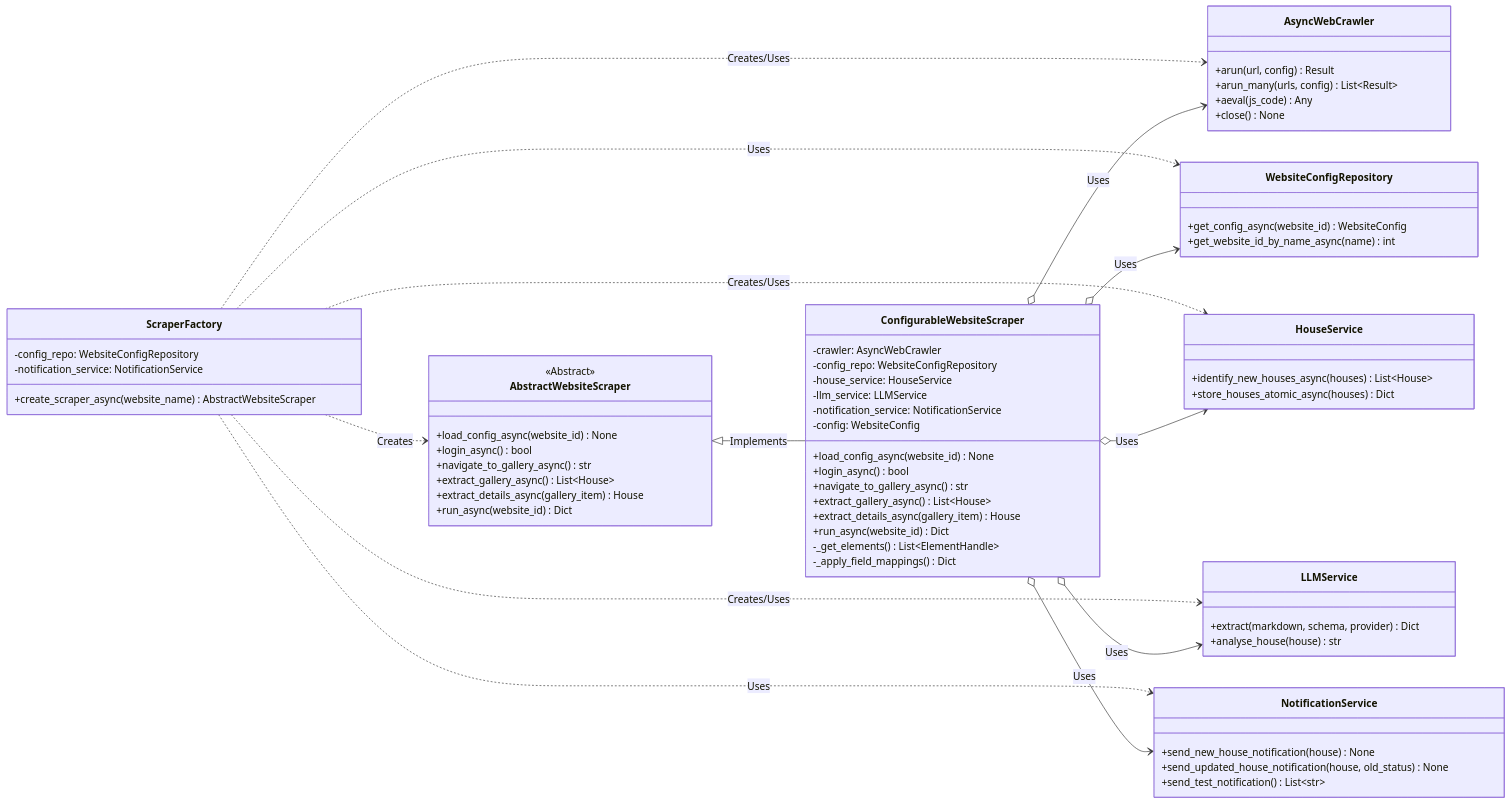
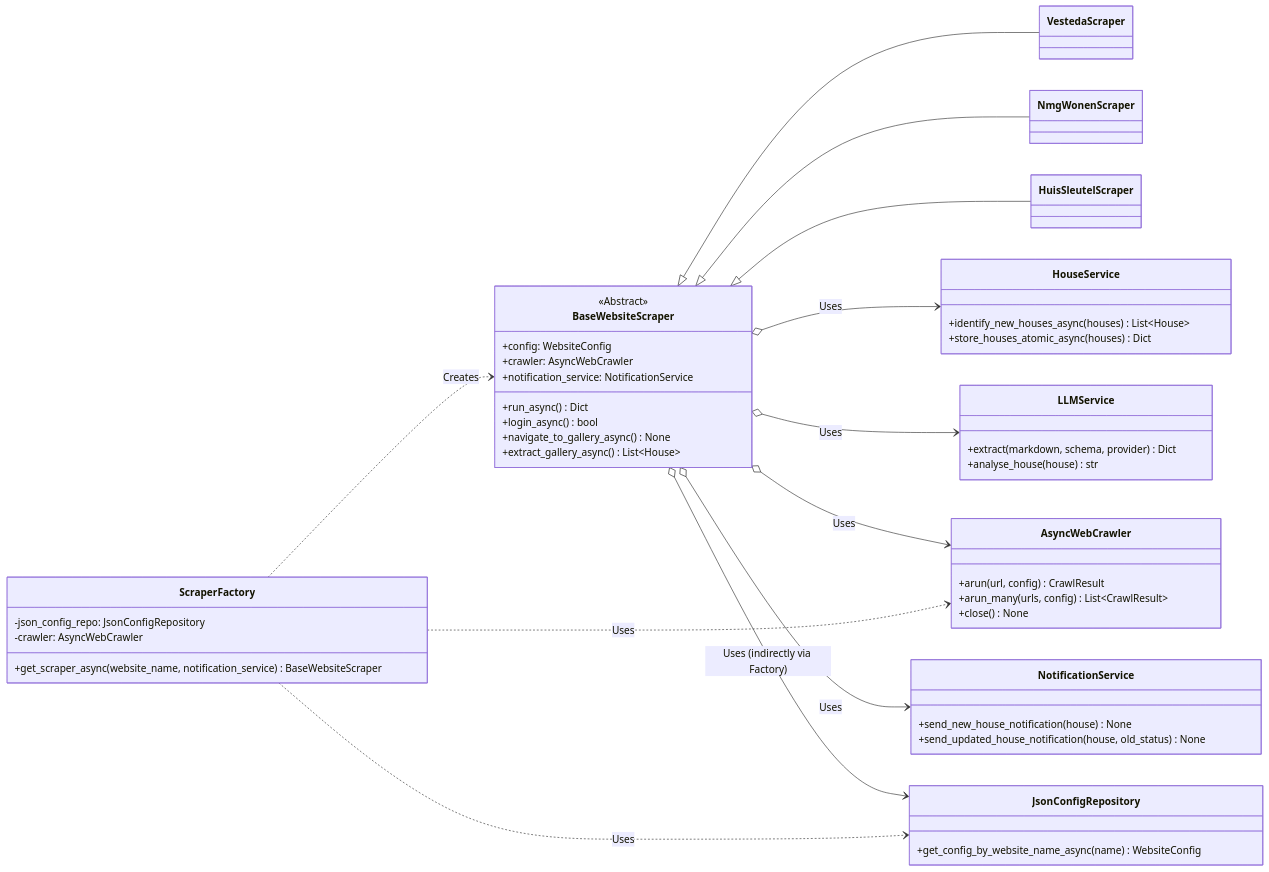
Before and after one commit to Darkshadenl/cursor_steal_house: the second of 2 diagrams in docs/crawler_job_architecture.md, drawn with Mermaid. The commit also changed other lines of this file and 22 other files, not shown here.

````diff
--- a/docs/crawler_job_architecture.md
+++ b/docs/crawler_job_architecture.md
@@ -185,80 +181,65 @@
 ```mermaid
 classDiagram
     direction LR
 
-    class AbstractWebsiteScraper {
+    class BaseWebsiteScraper {
         <<Abstract>>
-        +load_config_async(website_id) None
+        +config: WebsiteConfig
+        +crawler: AsyncWebCrawler
+        +notification_service: NotificationService
+        +run_async() Dict
         +login_async() bool
-        +navigate_to_gallery_async() str
+        +navigate_to_gallery_async() None
         +extract_gallery_async() List~House~
-        +extract_details_async(gallery_item) House
-        +run_async(website_id) Dict
     }
 
-    class ConfigurableWebsiteScraper {
-        -crawler: AsyncWebCrawler
-        -config_repo: WebsiteConfigRepository
-        -house_service: HouseService
-        -llm_service: LLMService
-        -notification_service: NotificationService
-        -config: WebsiteConfig
-        +load_config_async(website_id) None
-        +login_async() bool
-        +navigate_to_gallery_async() str
-        +extract_gallery_async() List~House~
-        +extract_details_async(gallery_item) House
-        +run_async(website_id) Dict
-        -_get_elements() List~ElementHandle~
-        -_apply_field_mappings() Dict
-    }
+    class VestedaScraper
+    class NmgWonenScraper
+    class HuisSleutelScraper
 
     class ScraperFactory {
-        -config_repo: WebsiteConfigRepository
-        -notification_service: NotificationService
-        +create_scraper_async(website_name) AbstractWebsiteScraper
+        -json_config_repo: JsonConfigRepository
+        -crawler: AsyncWebCrawler
+        +get_scraper_async(website_name, notification_service) BaseWebsiteScraper
     }
 
     class AsyncWebCrawler {
-        +arun(url, config) Result
-        +arun_many(urls, config) List~Result~
-        +aeval(js_code) Any
+        +arun(url, config) CrawlResult
+        +arun_many(urls, config) List~CrawlResult~
         +close() None
     }
 
-    class WebsiteConfigRepository {
-        +get_config_async(website_id) WebsiteConfig
-        +get_website_id_by_name_async(name) int
+    class JsonConfigRepository {
+        +get_config_by_website_name_async(name) WebsiteConfig
     }
 
     class HouseService {
         +identify_new_houses_async(houses) List~House~
         +store_houses_atomic_async(houses) Dict
     }
 
     class LLMService {
         +extract(markdown, schema, provider) Dict
         +analyse_house(house) str
     }
 
     class NotificationService {
         +send_new_house_notification(house) None
         +send_updated_house_notification(house, old_status) None
-        +send_test_notification() List~str~
     }
 
-    AbstractWebsiteScraper <|-- ConfigurableWebsiteScraper : Implements
-    ScraperFactory ..> AbstractWebsiteScraper : Creates
-    ScraperFactory ..> WebsiteConfigRepository : Uses
-    ScraperFactory ..> NotificationService : Uses
-    ScraperFactory ..> HouseService : Creates/Uses
-    ScraperFactory ..> LLMService : Creates/Uses
-    ScraperFactory ..> AsyncWebCrawler : Creates/Uses
+    BaseWebsiteScraper <|-- VestedaScraper
+    BaseWebsiteScraper <|-- NmgWonenScraper
+    BaseWebsiteScraper <|-- HuisSleutelScraper
 
-    ConfigurableWebsiteScraper o--> AsyncWebCrawler : Uses
-    ConfigurableWebsiteScraper o--> WebsiteConfigRepository : Uses
-    ConfigurableWebsiteScraper o--> HouseService : Uses
-    ConfigurableWebsiteScraper o--> LLMService : Uses
-    ConfigurableWebsiteScraper o--> NotificationService : Uses
+    ScraperFactory ..> BaseWebsiteScraper : Creates
+    ScraperFactory ..> JsonConfigRepository : Uses
+    ScraperFactory ..> AsyncWebCrawler : Uses
+
+    BaseWebsiteScraper o--> AsyncWebCrawler : Uses
+    BaseWebsiteScraper o--> HouseService : Uses
+    BaseWebsiteScraper o--> LLMService : Uses
+    BaseWebsiteScraper o--> NotificationService : Uses
+    BaseWebsiteScraper o--> JsonConfigRepository : Uses (indirectly via Factory)
 
 ```
````
